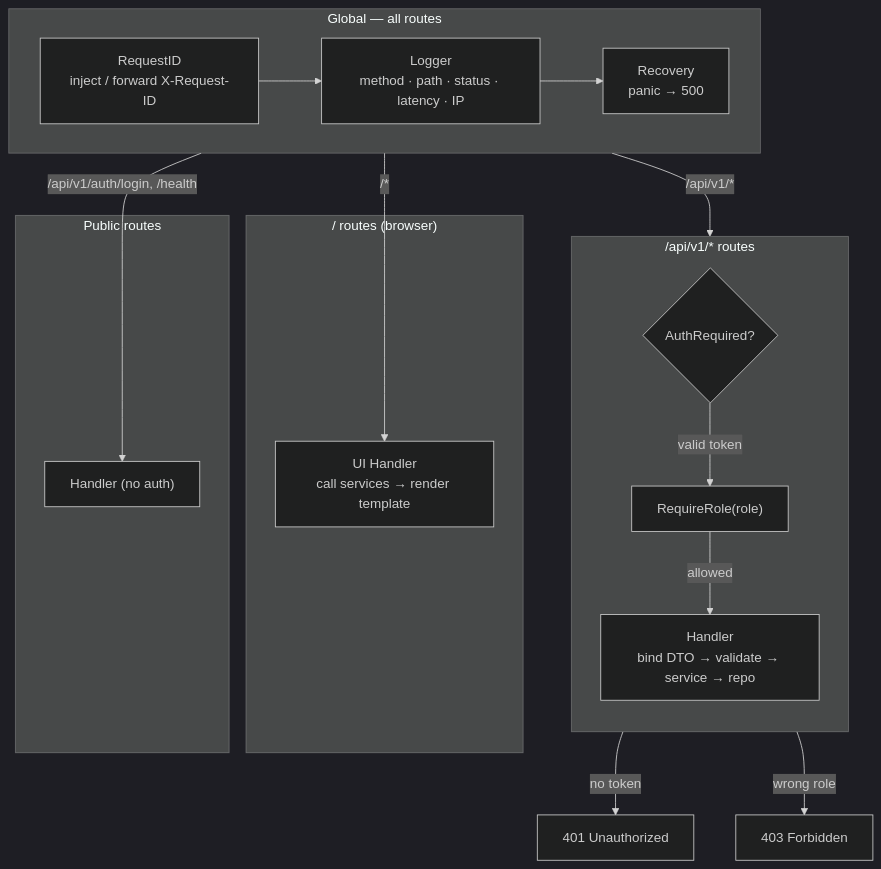
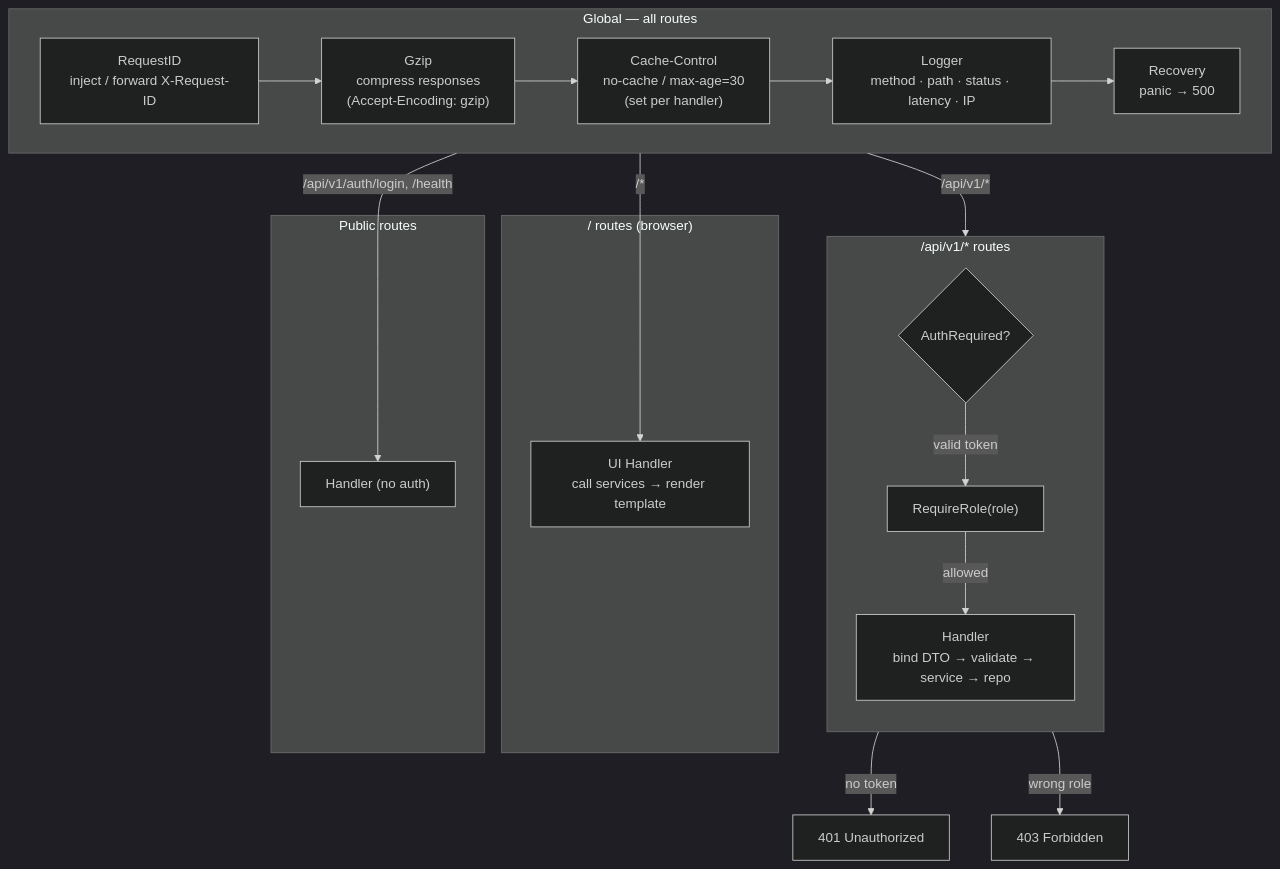
Before and after one commit to swaindhruti/pharmastock-backend: the first of 6 diagrams in docs/ARCHITECTURE.md, drawn with Mermaid (dark theme). The commit also changed other lines of this file and 7 other files, not shown here.

Commit message:
feat(ui): optimize HTMX responses with gzip, caching, and error fragments

````diff
--- a/docs/ARCHITECTURE.md
+++ b/docs/ARCHITECTURE.md
@@ -113,33 +114,35 @@
 ```mermaid
 flowchart TB
     subgraph Global["Global — all routes"]
         direction LR
         REQ["RequestID<br/>inject / forward X-Request-ID"]
+        GZ["Gzip<br/>compress responses<br/>(Accept-Encoding: gzip)"]
+        CC["Cache-Control<br/>no-cache / max-age=30<br/>(set per handler)"]
         LOG["Logger<br/>method · path · status · latency · IP"]
         REC["Recovery<br/>panic → 500"]
     end
 
     subgraph API["/api/v1/* routes"]
         direction TB
         AUTH{"AuthRequired?"}
         ROLE["RequireRole(role)"]
         H_API["Handler<br/>bind DTO → validate → service → repo"]
     end
 
     subgraph UI["/ routes (browser)"]
         UI_H["UI Handler<br/>call services → render template"]
     end
 
     subgraph Public["Public routes"]
         PUB_H["Handler (no auth)"]
     end
 
-    REQ --> LOG --> REC
+    REQ --> GZ --> CC --> LOG --> REC
     REC -->|/api/v1/auth/login, /health| PUB_H
     REC -->|/api/v1/*| AUTH
     AUTH -->|valid token| ROLE
     AUTH -->|no token| ERR_401["401 Unauthorized"]
     ROLE -->|allowed| H_API
     ROLE -->|wrong role| ERR_403["403 Forbidden"]
     REC -->|/*| UI_H
 ```
````
